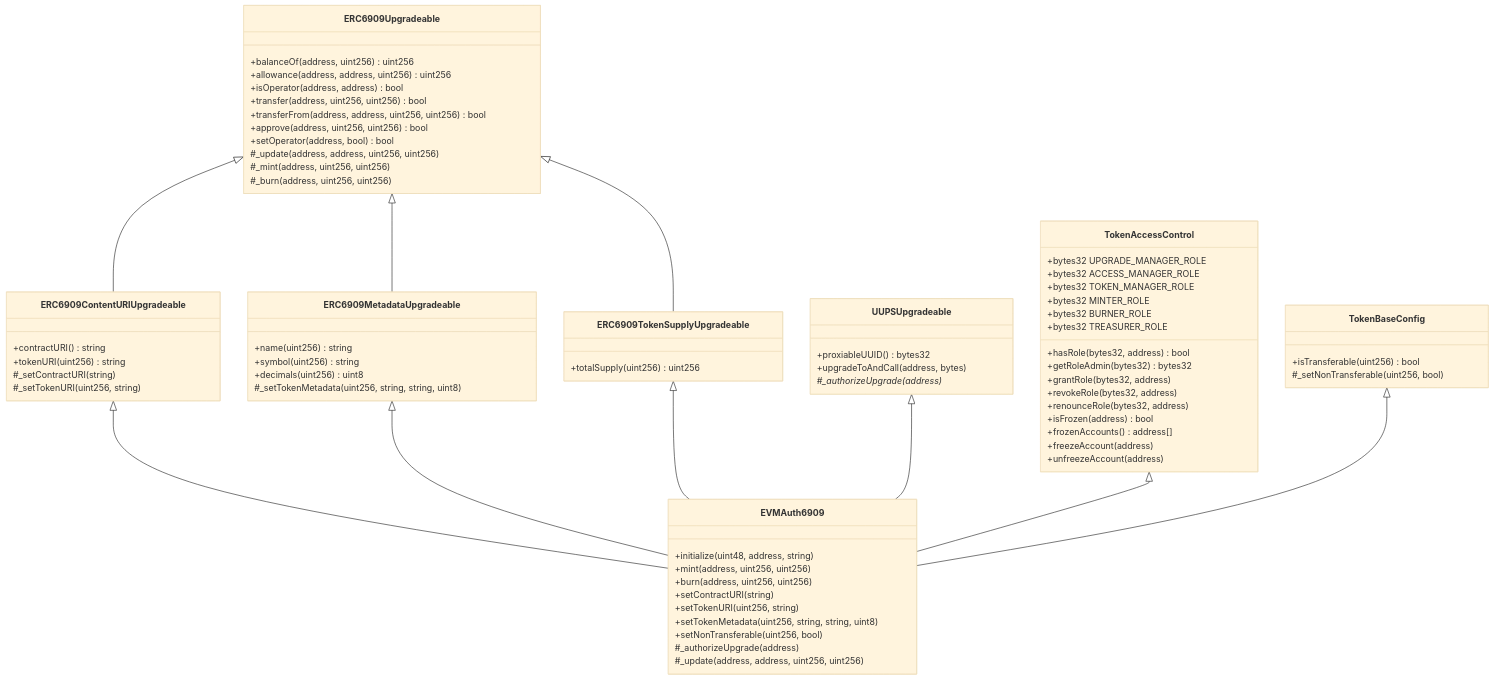
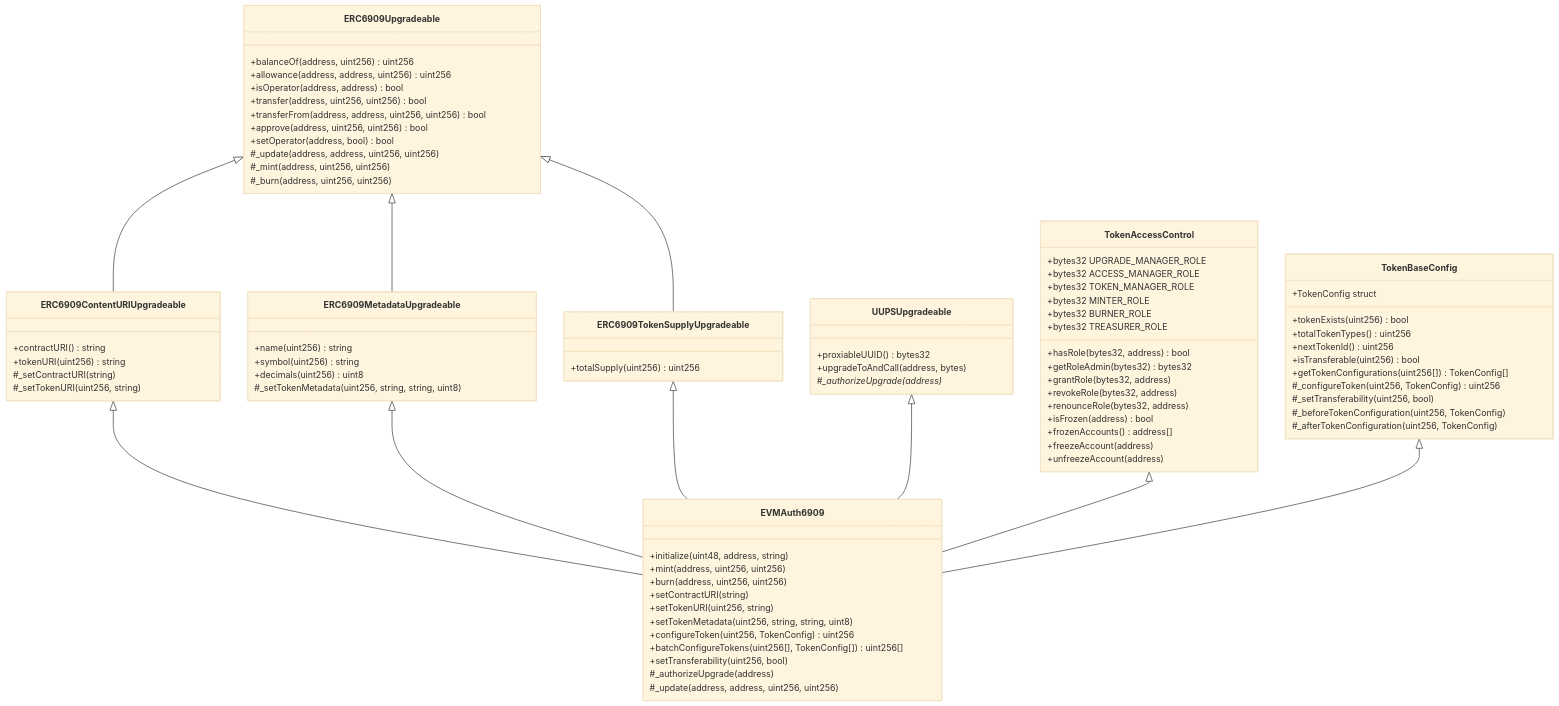
One commit to glanzz/evmauth-core changed diagram 13 of 18 in src/README.md. Above: the diagram before and after it, drawn with Mermaid (base theme). The commit also changed other lines of this file and 9 other files, not shown here.

Commit message:
feat: unified token configuration

```diff
--- a/src/README.md
+++ b/src/README.md
@@ -661,8 +737,16 @@
         +unfreezeAccount(address)
     }
     class TokenBaseConfig{
+        +TokenConfig struct
+        +tokenExists(uint256) bool
+        +totalTokenTypes() uint256
+        +nextTokenId() uint256
         +isTransferable(uint256) bool
-        #_setNonTransferable(uint256, bool)
+        +getTokenConfigurations(uint256[]) TokenConfig[]
+        #_configureToken(uint256, TokenConfig) uint256
+        #_setTransferability(uint256, bool)
+        #_beforeTokenConfiguration(uint256, TokenConfig)
+        #_afterTokenConfiguration(uint256, TokenConfig)
     }
     class EVMAuth6909{
         +initialize(uint48, address, string)
@@ -671,7 +755,9 @@
         +setContractURI(string)
         +setTokenURI(uint256, string)
         +setTokenMetadata(uint256, string, string, uint8)
-        +setNonTransferable(uint256, bool)
+        +configureToken(uint256, TokenConfig) uint256
+        +batchConfigureTokens(uint256[], TokenConfig[]) uint256[]
+        +setTransferability(uint256, bool)
         #_authorizeUpgrade(address)
         #_update(address, address, uint256, uint256)
     }
```
